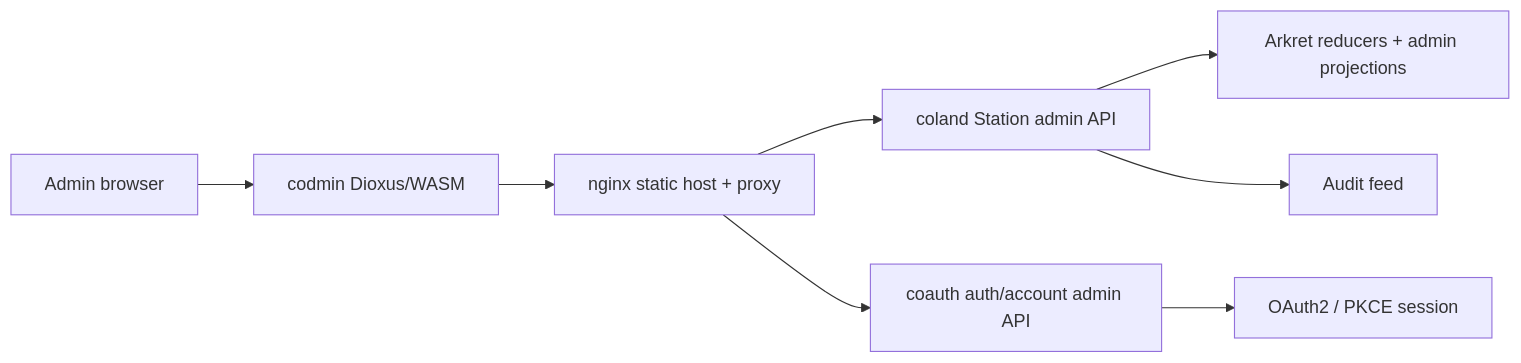
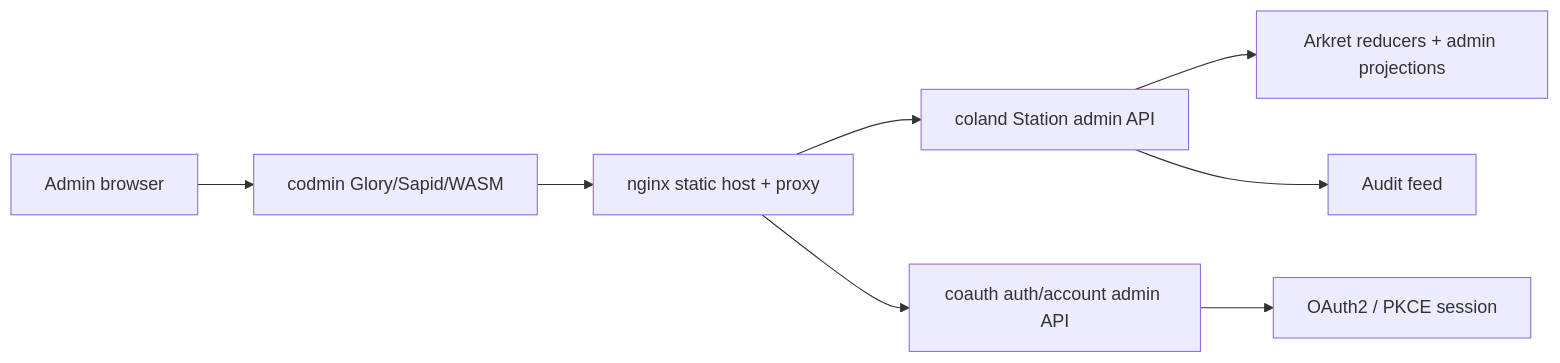
One commit to arkret-org/codmin changed the diagram in README.md. Above: the diagram before and after it, drawn with Mermaid. The commit also changed other lines of this file and 130 other files, not shown here.

Commit message:
feat(ui): migrate Codmin to Glory and Sapid

````diff
--- a/README.md
+++ b/README.md
@@ -52,10 +52,10 @@
 ```mermaid
 flowchart LR
-  Browser["Admin browser"] --> Codmin["codmin Dioxus/WASM"]
+  Browser["Admin browser"] --> Codmin["codmin Glory/Sapid/WASM"]
   Codmin --> Nginx["nginx static host + proxy"]
   Nginx --> Coland["coland Station admin API"]
   Nginx --> Coauth["coauth auth/account admin API"]
   Coauth --> OAuth["OAuth2 / PKCE session"]
   Coland --> Reducers["Arkret reducers + admin projections"]
   Coland --> Audit["Audit feed"]
 ```
````
